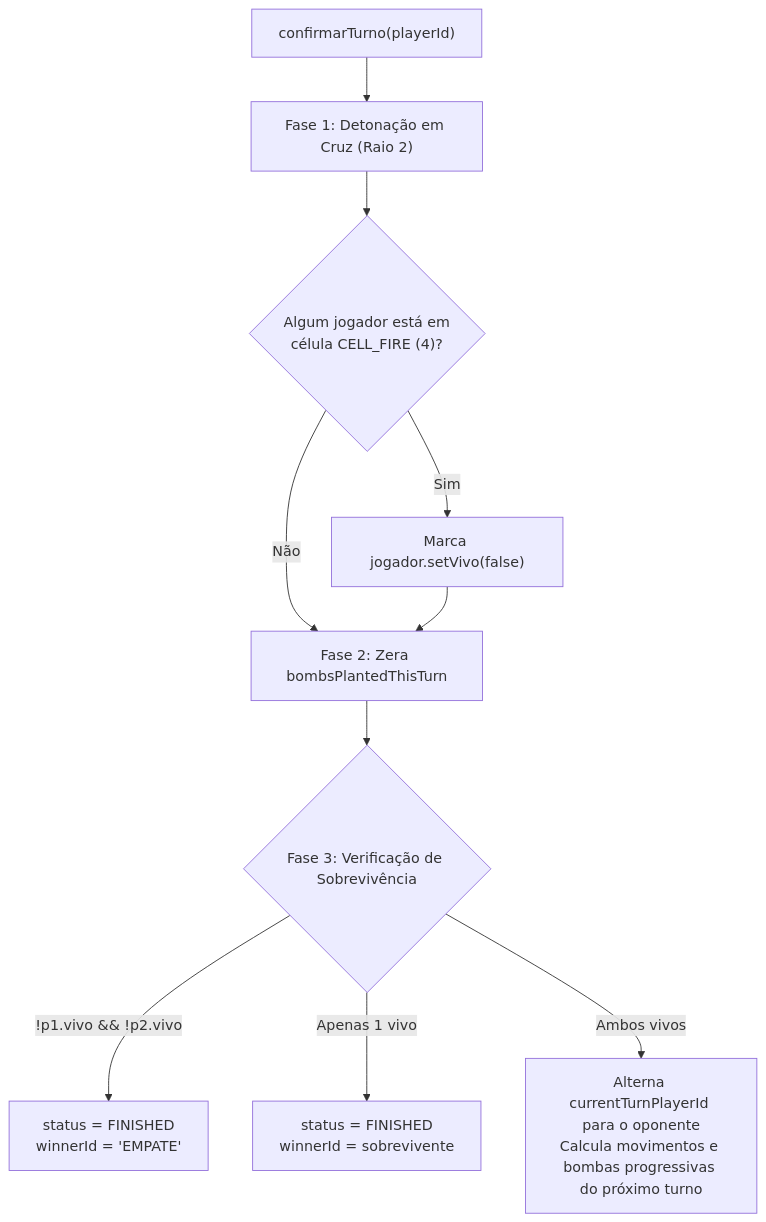
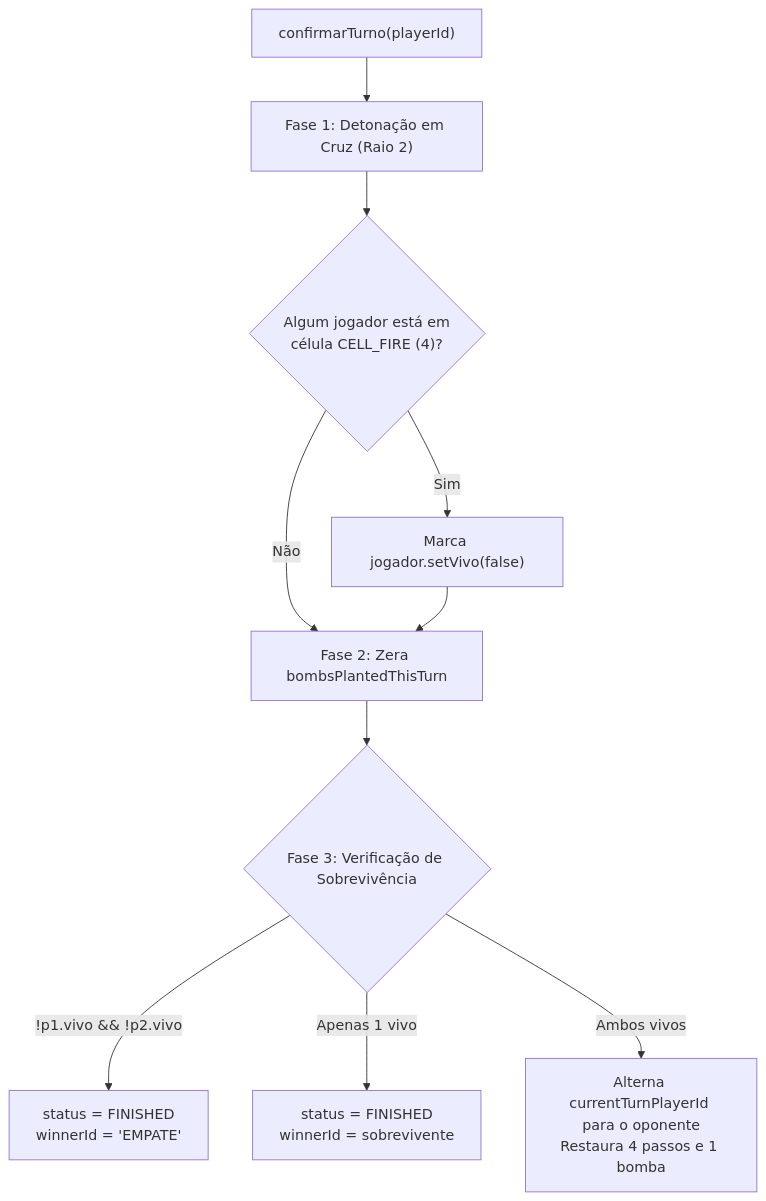
Before and after one commit to emn-f/bomberman-sd: the second of 2 diagrams in docs/GUIA_ESTUDO_BACKEND.md, drawn with Mermaid. The commit also changed other lines of this file and 16 other files, not shown here.

````diff
--- a/docs/GUIA_ESTUDO_BACKEND.md
+++ b/docs/GUIA_ESTUDO_BACKEND.md
@@ -157,12 +157,12 @@
 ```mermaid
 flowchart TD
     A["confirmarTurno(playerId)"] --> B["Fase 1: Detonação em Cruz (Raio 2)"]
     B --> C{"Algum jogador está em<br/>célula CELL_FIRE (4)?"}
     C -- Sim --> D["Marca jogador.setVivo(false)"]
     C -- Não --> E["Fase 2: Zera bombsPlantedThisTurn"]
     D --> E
     E --> F{"Fase 3: Verificação de Sobrevivência"}
     F -- "!p1.vivo && !p2.vivo" --> G["status = FINISHED<br/>winnerId = 'EMPATE'"]
     F -- "Apenas 1 vivo" --> H["status = FINISHED<br/>winnerId = sobrevivente"]
-    F -- "Ambos vivos" --> I["Alterna currentTurnPlayerId para o oponente<br/>Calcula movimentos e bombas progressivas do próximo turno"]
+    F -- "Ambos vivos" --> I["Alterna currentTurnPlayerId para o oponente<br/>Restaura 4 passos e 1 bomba"]
 ```
````
